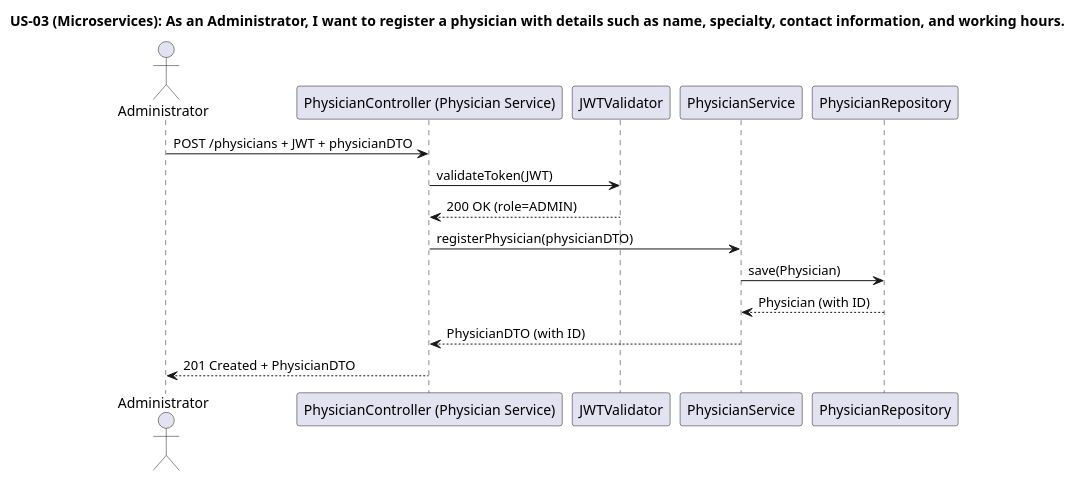
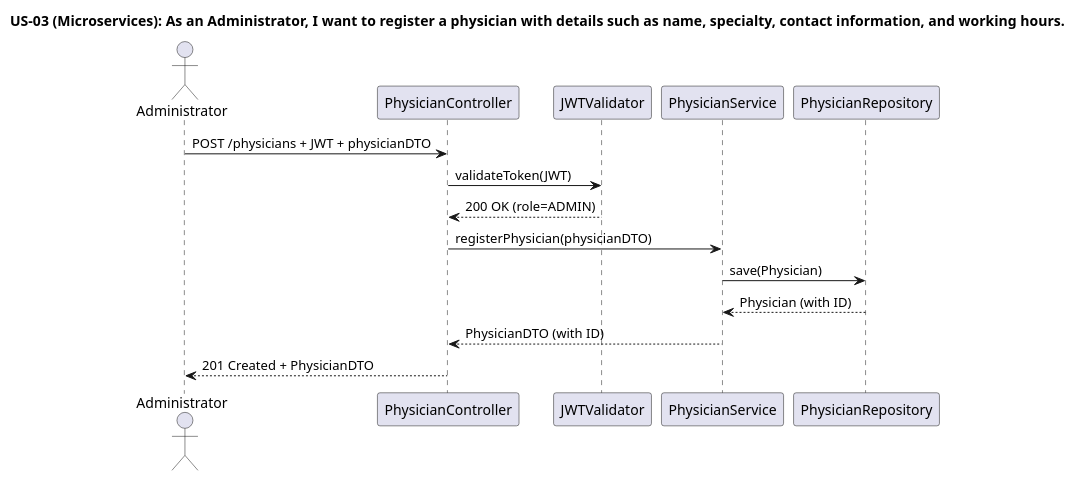
One commit to 1211104/PROJ_SIDIS2025 changed the diagram in docs/WP#1A/US-03.puml. Above: the diagram before and after it, drawn with PlantUML. The commit also changed 3 other files, not shown here.

```diff
--- a/docs/WP#1A/US-03.puml
+++ b/docs/WP#1A/US-03.puml
@@ -1,19 +1,19 @@
 @startuml
 title US-03 (Microservices): As an Administrator, I want to register a physician with details such as name, specialty, contact information, and working hours.
 
 actor Administrator
-participant "PhysicianController (Physician Service)" as controller
+participant "PhysicianController" as controller
 participant "JWTValidator" as jwt
 participant "PhysicianService" as service
 participant "PhysicianRepository" as repo
 
 Administrator -> controller : POST /physicians + JWT + physicianDTO
 controller -> jwt : validateToken(JWT)
 jwt --> controller : 200 OK (role=ADMIN)
 
 controller -> service : registerPhysician(physicianDTO)
 service -> repo : save(Physician)
 repo --> service : Physician (with ID)
 service --> controller : PhysicianDTO (with ID)
 controller --> Administrator : 201 Created + PhysicianDTO
 @enduml
```
